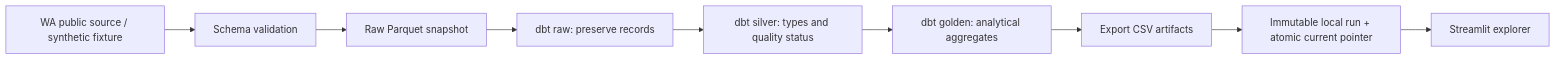
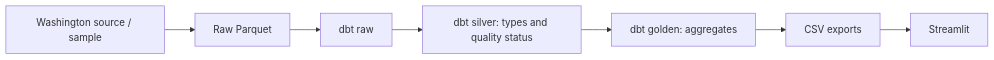
One commit to thiagobellotto/washington_ev_explorer changed the diagram in README.md. Above: the diagram before and after it, drawn with Mermaid. The commit also changed other lines of this file and 3 other files, not shown here.

````diff
--- a/README.md
+++ b/README.md
@@ -52,11 +50,9 @@
 ```mermaid
 flowchart LR
-    A[WA public source / synthetic fixture] --> B[Schema validation]
-    B --> C[Raw Parquet snapshot]
-    C --> D[dbt raw: preserve records]
-    D --> E[dbt silver: types and quality status]
-    E --> F[dbt golden: analytical aggregates]
-    F --> G[Export CSV artifacts]
-    G --> H[Immutable local run + atomic current pointer]
-    H --> I[Streamlit explorer]
+    A[Washington source / sample] --> B[Raw Parquet]
+    B --> C[dbt raw]
+    C --> D[dbt silver: types and quality status]
+    D --> E[dbt golden: aggregates]
+    E --> F[CSV exports]
+    F --> G[Streamlit]
 ```
````
